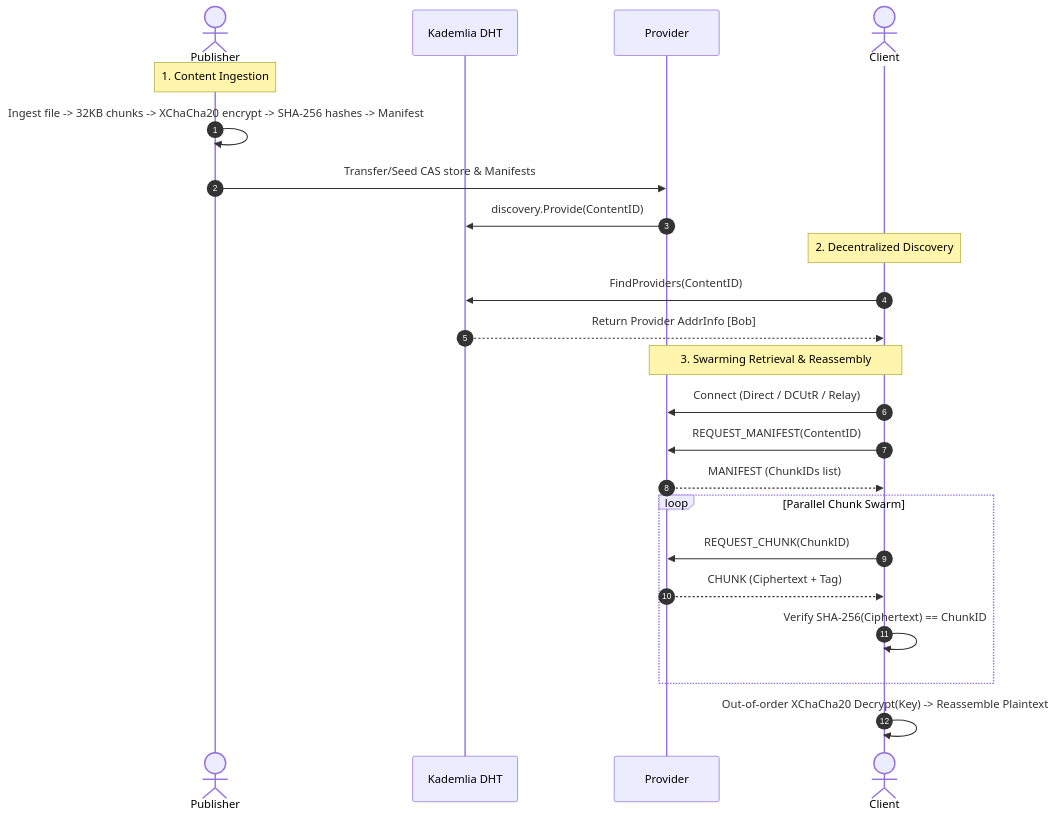
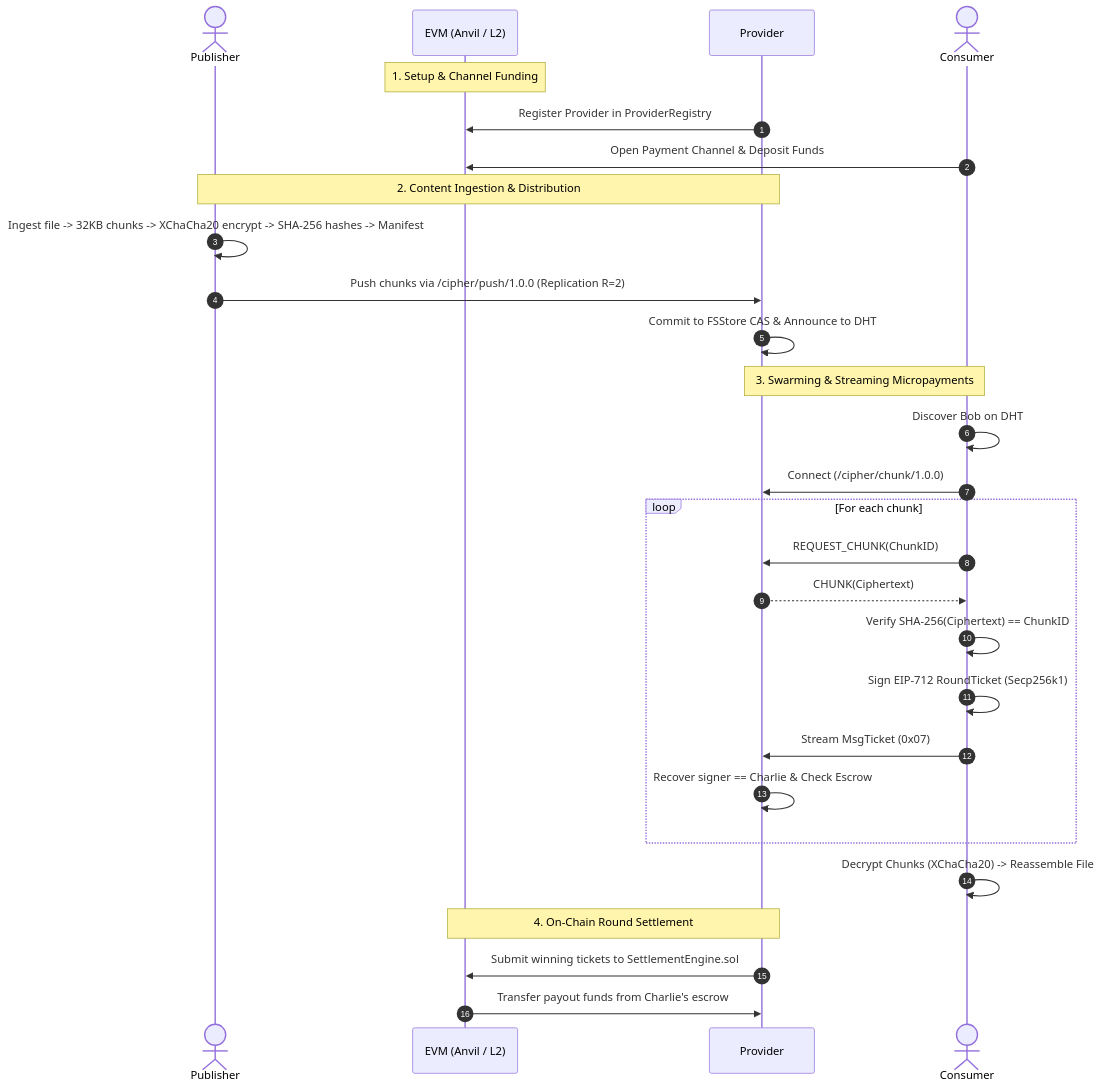
One commit to adarshxsh/CIPHER changed the third of 3 diagrams in docs/architecture.md. Above: the diagram before and after it, drawn with Mermaid. The commit also changed other lines of this file and 33 other files, not shown here.

Commit message:
feat(payments): integrate P2P wire streaming with EVM payment protocol and Anvil test harness

````diff
--- a/docs/architecture.md
+++ b/docs/architecture.md
@@ -232,28 +302,34 @@
 ```mermaid
 sequenceDiagram
     autonumber
     actor Alice as Publisher
-    participant DHT as Kademlia DHT
+    participant Eth as EVM (Anvil / L2)
     participant Bob as Provider
-    actor Charlie as Client
+    actor Charlie as Consumer
 
-    Note over Alice: 1. Content Ingestion
+    Note over Eth: 1. Setup & Channel Funding
+    Bob->>Eth: Register Provider in ProviderRegistry
+    Charlie->>Eth: Open Payment Channel & Deposit Funds
+
+    Note over Alice, Bob: 2. Content Ingestion & Distribution
     Alice->>Alice: Ingest file -> 32KB chunks -> XChaCha20 encrypt -> SHA-256 hashes -> Manifest
-    Alice->>Bob: Transfer/Seed CAS store & Manifests
-    Bob->>DHT: discovery.Provide(ContentID)
+    Alice->>Bob: Push chunks via /cipher/push/1.0.0 (Replication R=2)
+    Bob->>Bob: Commit to FSStore CAS & Announce to DHT
 
-    Note over Charlie: 2. Decentralized Discovery
-    Charlie->>DHT: FindProviders(ContentID)
-    DHT-->>Charlie: Return Provider AddrInfo [Bob]
+    Note over Charlie, Bob: 3. Swarming & Streaming Micropayments
+    Charlie->>Charlie: Discover Bob on DHT
+    Charlie->>Bob: Connect (/cipher/chunk/1.0.0)
+    loop For each chunk
+        Charlie->>Bob: REQUEST_CHUNK(ChunkID)
+        Bob-->>Charlie: CHUNK(Ciphertext)
+        Charlie->>Charlie: Verify SHA-256(Ciphertext) == ChunkID
+        Charlie->>Charlie: Sign EIP-712 RoundTicket (Secp256k1)
+        Charlie->>Bob: Stream MsgTicket (0x07)
+        Bob->>Bob: Recover signer == Charlie & Check Escrow
+    end
+    Charlie->>Charlie: Decrypt Chunks (XChaCha20) -> Reassemble File
 
-    Note over Charlie, Bob: 3. Swarming Retrieval & Reassembly
-    Charlie->>Bob: Connect (Direct / DCUtR / Relay)
-    Charlie->>Bob: REQUEST_MANIFEST(ContentID)
-    Bob-->>Charlie: MANIFEST (ChunkIDs list)
-    loop Parallel Chunk Swarm
-        Charlie->>Bob: REQUEST_CHUNK(ChunkID)
-        Bob-->>Charlie: CHUNK (Ciphertext + Tag)
-        Charlie->>Charlie: Verify SHA-256(Ciphertext) == ChunkID
-    end
-    Charlie->>Charlie: Out-of-order XChaCha20 Decrypt(Key) -> Reassemble Plaintext
+    Note over Bob, Eth: 4. On-Chain Round Settlement
+    Bob->>Eth: Submit winning tickets to SettlementEngine.sol
+    Eth->>Bob: Transfer payout funds from Charlie's escrow
 ```
````
